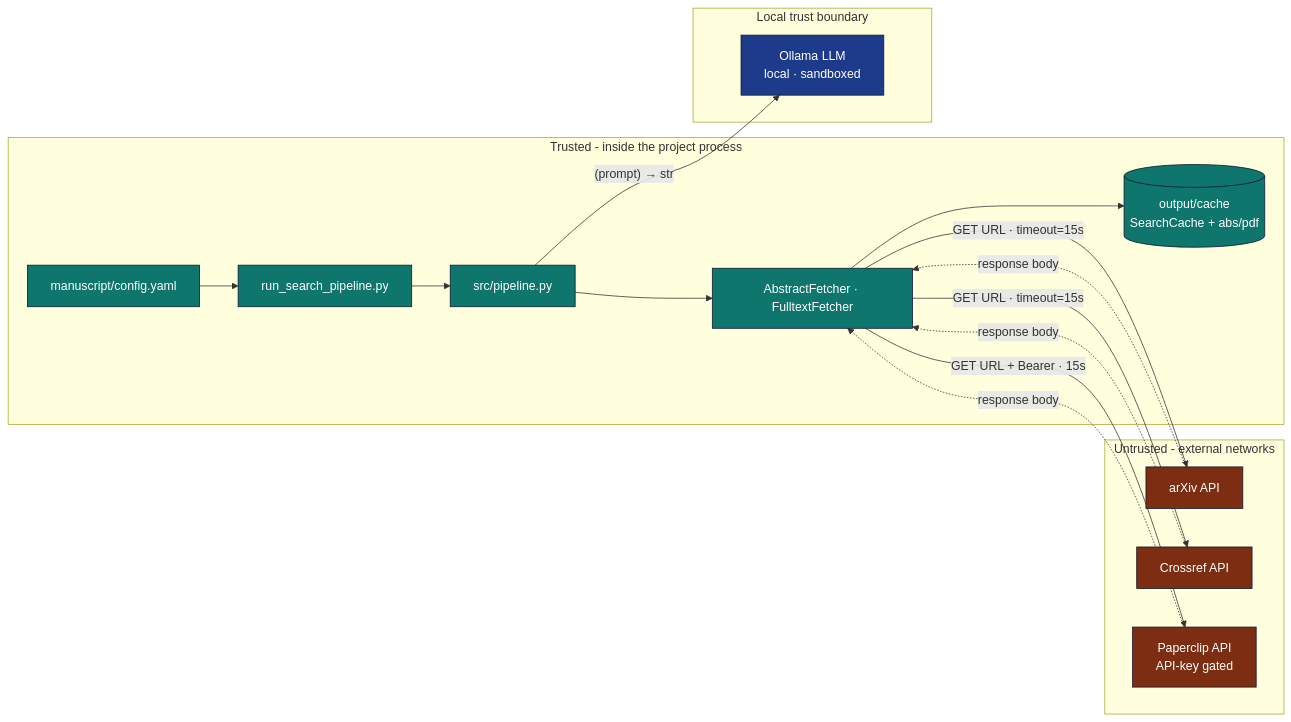
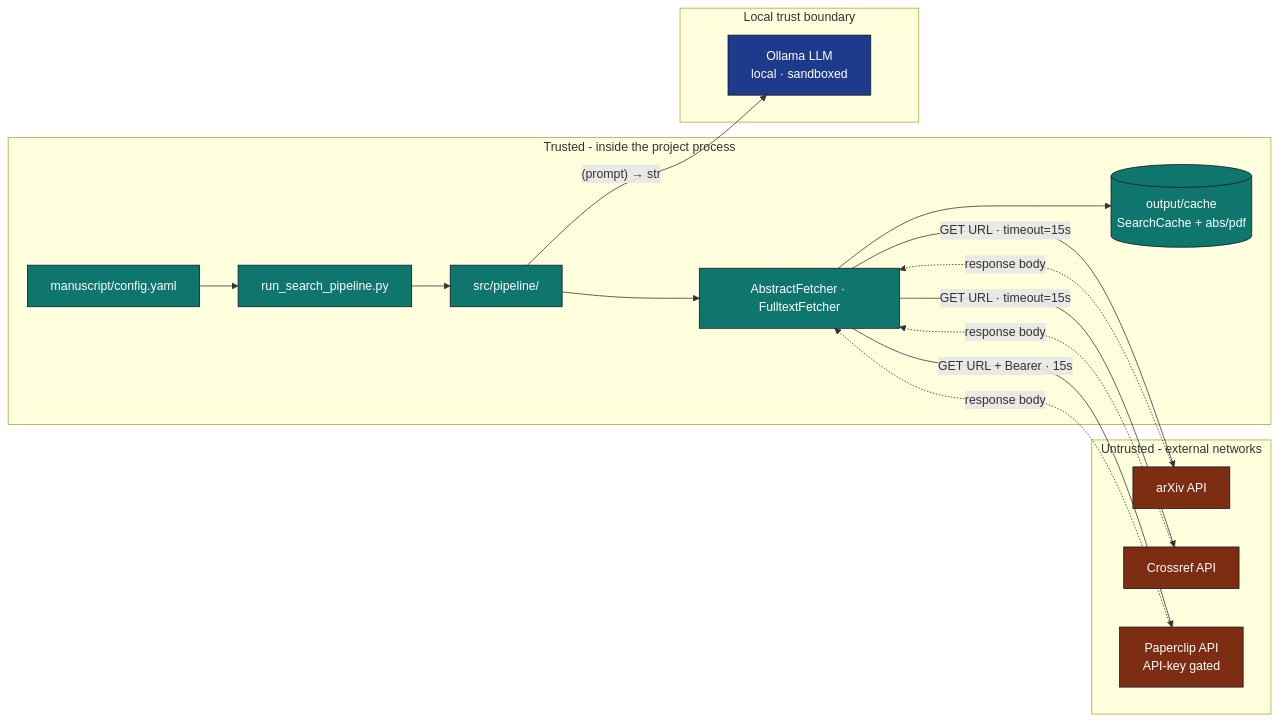
Before and after one commit to docxology/template: the diagram in docs/security/literature-fetch-security.md, drawn with Mermaid. The commit also changed 580 other files, not shown here.

````diff
--- a/docs/security/literature-fetch-security.md
+++ b/docs/security/literature-fetch-security.md
@@ -10,38 +10,38 @@
 ```mermaid
 flowchart LR
     subgraph TRUSTED [Trusted - inside the project process]
         CFG[manuscript/config.yaml]
         SCRIPT[run_search_pipeline.py]
-        PIPE[src/pipeline.py]
+        PIPE[src/pipeline/]
         FETCH[AbstractFetcher · FulltextFetcher]
         CACHE[(output/cache<br/>SearchCache + abs/pdf)]
     end
 
     subgraph LOCAL [Local trust boundary]
         OLLAMA[Ollama LLM<br/>local · sandboxed]
     end
 
     subgraph EXTERNAL [Untrusted - external networks]
         ARXIV[arXiv API]
         CROSSREF[Crossref API]
         PAPERCLIP[Paperclip API<br/>API-key gated]
     end
 
     CFG --> SCRIPT --> PIPE
     PIPE --> FETCH
     FETCH -- "GET URL · timeout=15s" --> ARXIV
     FETCH -- "GET URL · timeout=15s" --> CROSSREF
     FETCH -- "GET URL + Bearer · 15s" --> PAPERCLIP
     ARXIV -. response body .-> FETCH
     CROSSREF -. response body .-> FETCH
     PAPERCLIP -. response body .-> FETCH
     FETCH --> CACHE
     PIPE -- "(prompt) → str" --> OLLAMA
 
     classDef trusted fill:#0f766e,stroke:#0f172a,color:#fff
     classDef boundary fill:#1e3a8a,stroke:#0f172a,color:#fff
     classDef external fill:#7c2d12,stroke:#0f172a,color:#fff
     class CFG,SCRIPT,PIPE,FETCH,CACHE trusted
     class OLLAMA boundary
     class ARXIV,CROSSREF,PAPERCLIP external
 ```
````
